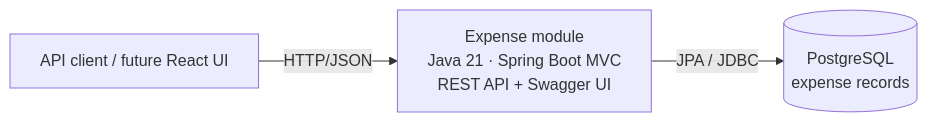
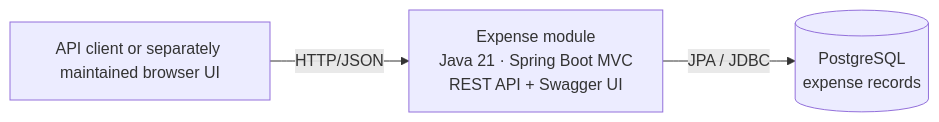
The second of 2 diagrams in docs/architecture.md (baharehfakhriyeh/expense-analyzer), drawn with Mermaid before and after one commit. The commit also changed other lines of this file and 10 other files, not shown here.

````diff
--- a/docs/architecture.md
+++ b/docs/architecture.md
@@ -20,8 +20,8 @@
 ```mermaid
 flowchart LR
-    Client[API client / future React UI]
+    Client[API client or separately maintained browser UI]
     App[Expense module<br/>Java 21 · Spring Boot MVC<br/>REST API + Swagger UI]
     DB[(PostgreSQL<br/>expense records)]
     Client -->|HTTP/JSON| App
     App -->|JPA / JDBC| DB
 ```
````
